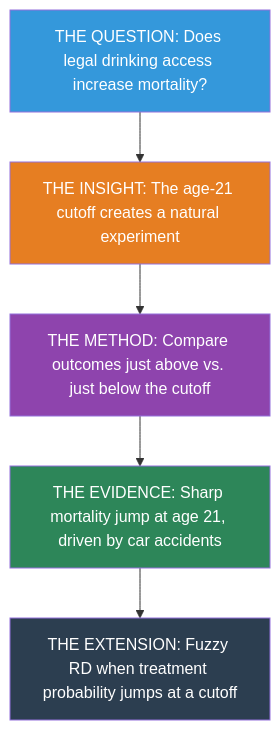
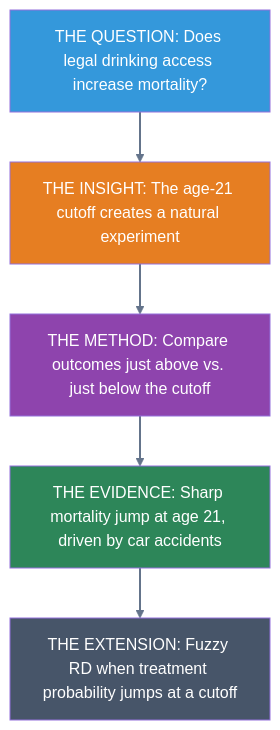
One commit to cmg777/intro2causal changed the first of 2 diagrams in notebooks_quarto/04-regression-discontinuity.qmd. Above: the diagram before and after it, drawn with Mermaid. The commit also changed other lines of this file and 17 other files, not shown here.

````diff
--- a/notebooks_quarto/04-regression-discontinuity.qmd
+++ b/notebooks_quarto/04-regression-discontinuity.qmd
@@ -33,19 +35,20 @@
 ```{mermaid}
 %%| label: fig-roadmap
 %%| fig-cap: "Roadmap for Chapter 4"
 
 graph TD
     A["THE QUESTION: Does legal drinking access increase mortality?"]
     B["THE INSIGHT: The age-21 cutoff creates a natural experiment"]
     C["THE METHOD: Compare outcomes just above vs. just below the cutoff"]
     D["THE EVIDENCE: Sharp mortality jump at age 21, driven by car accidents"]
     E["THE EXTENSION: Fuzzy RD when treatment probability jumps at a cutoff"]
 
     A --> B --> C --> D --> E
 
     style A fill:#3498db,color:#fff
     style B fill:#e67e22,color:#fff
     style C fill:#8e44ad,color:#fff
     style D fill:#2d8659,color:#fff
-    style E fill:#2c3e50,color:#fff
+    style E fill:#475569,color:#fff
+    linkStyle default stroke:#64748b,stroke-width:2px
 ```
````
